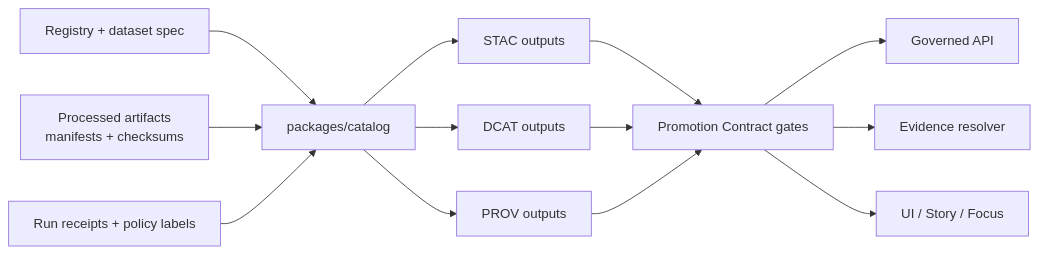
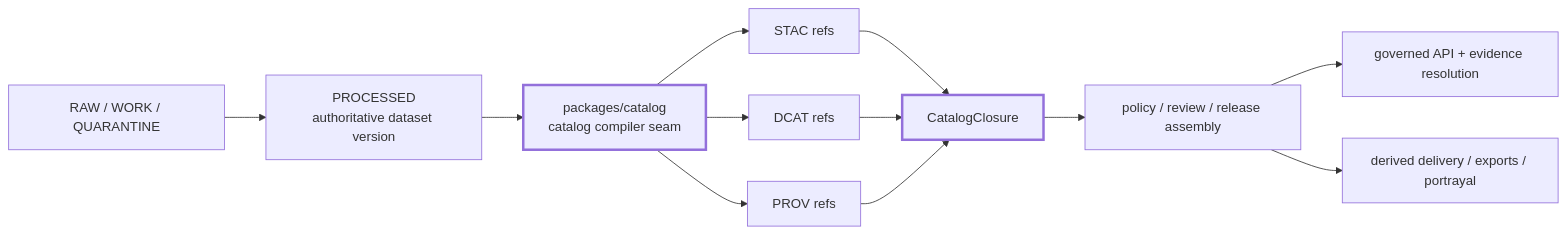
One commit to bartytime4life/Kansas-Frontier-Matrix changed the diagram in packages/catalog/README.md. Above: the diagram before and after it, drawn with Mermaid. The commit also changed other lines of this file, not shown here.

First line of the commit message:
Revise catalog README for clarity and accuracy

````diff
--- a/packages/catalog/README.md
+++ b/packages/catalog/README.md
@@ -210,18 +191,20 @@
 ```mermaid
 flowchart LR
-    R["Registry + dataset spec"] --> C["packages/catalog"]
-    P["Processed artifacts<br/>manifests + checksums"] --> C
-    L["Run receipts + policy labels"] --> C
+    A["RAW / WORK / QUARANTINE"] --> B["PROCESSED<br/>authoritative dataset version"]
+    B --> C["packages/catalog<br/>catalog compiler seam"]
 
-    C --> S["STAC outputs"]
-    C --> D["DCAT outputs"]
-    C --> V["PROV outputs"]
+    C --> D["STAC refs"]
+    C --> E["DCAT refs"]
+    C --> F["PROV refs"]
 
-    S --> G["Promotion Contract gates"]
-    D --> G
-    V --> G
+    D --> G["CatalogClosure"]
+    E --> G
+    F --> G
 
-    G --> A["Governed API"]
-    G --> E["Evidence resolver"]
-    G --> U["UI / Story / Focus"]
+    G --> H["policy / review / release assembly"]
+    H --> I["governed API + evidence resolution"]
+    H --> J["derived delivery / exports / portrayal"]
+
+    style C stroke-width:3px
+    style G stroke-width:3px
 ```
````
